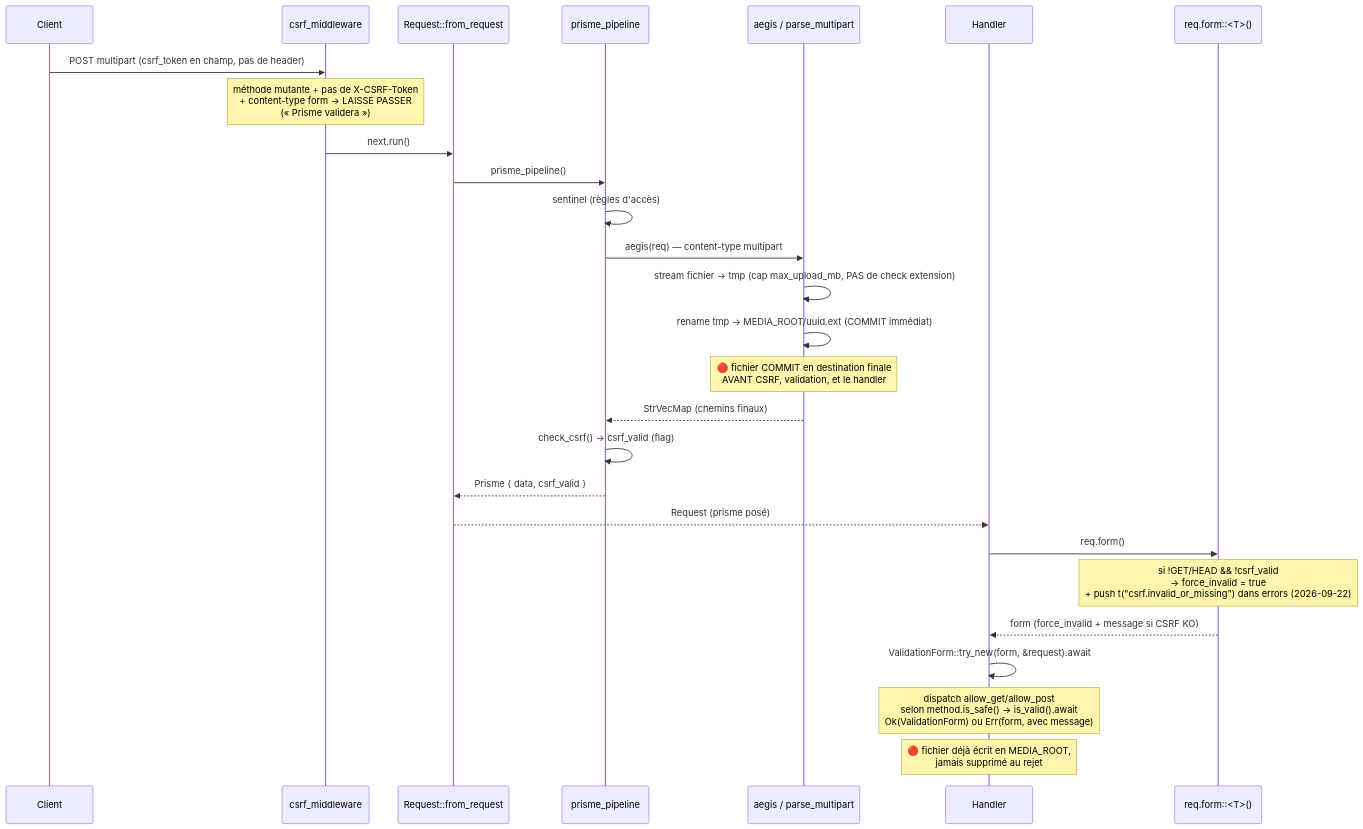
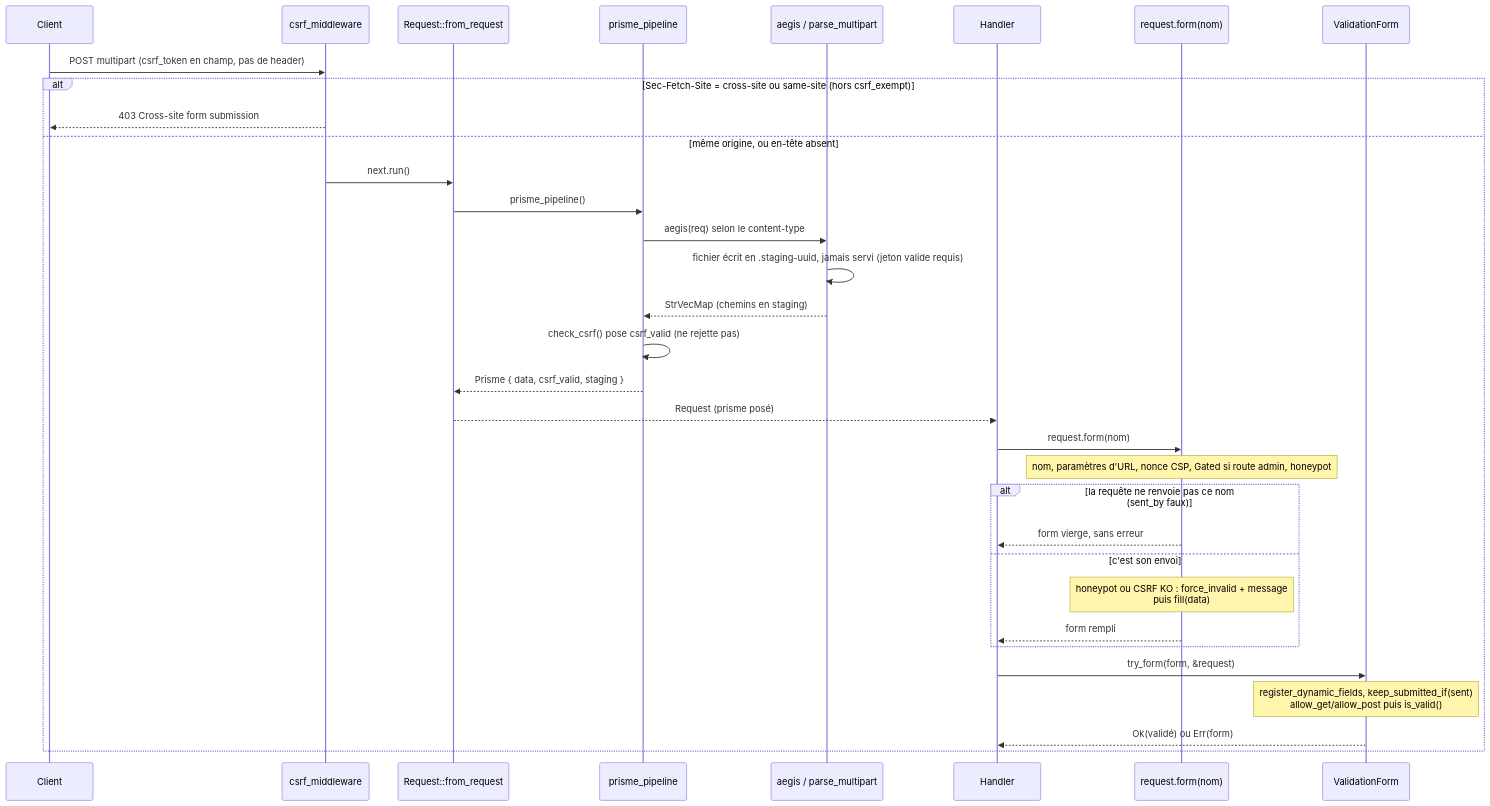
One commit to seb-alliot/runique changed the first of 2 diagrams in diagramme/flux/requete-csrf-upload.md. Above: the diagram before and after it, drawn with Mermaid. The commit also changed other lines of this file and 56 other files, not shown here.

````diff
--- a/diagramme/flux/requete-csrf-upload.md
+++ b/diagramme/flux/requete-csrf-upload.md
@@ -5,30 +5,36 @@
 ```mermaid
 sequenceDiagram
     participant C as Client
     participant MW as csrf_middleware
     participant EX as Request::from_request
     participant P as prisme_pipeline
     participant AG as aegis / parse_multipart
     participant H as Handler
-    participant F as req.form::<T>()
+    participant F as request.form(nom)
+    participant V as ValidationForm
 
     C->>MW: POST multipart (csrf_token en champ, pas de header)
-    Note over MW: méthode mutante + pas de X-CSRF-Token<br/>+ content-type form → LAISSE PASSER<br/>(« Prisme validera »)
-    MW->>EX: next.run()
-    EX->>P: prisme_pipeline()
-    P->>P: sentinel (règles d'accès)
-    P->>AG: aegis(req) — content-type multipart
-    AG->>AG: stream fichier → tmp (cap max_upload_mb, PAS de check extension)
-    AG->>AG: rename tmp → MEDIA_ROOT/uuid.ext (COMMIT immédiat)
-    Note over AG: 🔴 fichier COMMIT en destination finale<br/>AVANT CSRF, validation, et le handler
-    AG-->>P: StrVecMap (chemins finaux)
-    P->>P: check_csrf() → csrf_valid (flag)
-    P-->>EX: Prisme { data, csrf_valid }
-    EX-->>H: Request (prisme posé)
-    H->>F: req.form()
-    Note over F: si !GET/HEAD && !csrf_valid<br/>→ force_invalid = true<br/>+ push t("csrf.invalid_or_missing") dans errors (2026-09-22)
-    F-->>H: form (force_invalid + message si CSRF KO)
-    H->>H: ValidationForm::try_new(form, &request).await
-    Note over H: dispatch allow_get/allow_post<br/>selon method.is_safe() → is_valid().await<br/>Ok(ValidationForm) ou Err(form, avec message)
-    Note over H: 🔴 fichier déjà écrit en MEDIA_ROOT,<br/>jamais supprimé au rejet
+    alt Sec-Fetch-Site = cross-site ou same-site (hors csrf_exempt)
+        MW-->>C: 403 Cross-site form submission
+    else même origine, ou en-tête absent
+        MW->>EX: next.run()
+        EX->>P: prisme_pipeline()
+        P->>AG: aegis(req) selon le content-type
+        AG->>AG: fichier écrit en .staging-uuid, jamais servi (jeton valide requis)
+        AG-->>P: StrVecMap (chemins en staging)
+        P->>P: check_csrf() pose csrf_valid (ne rejette pas)
+        P-->>EX: Prisme { data, csrf_valid, staging }
+        EX-->>H: Request (prisme posé)
+        H->>F: request.form(nom)
+        Note over F: nom, paramètres d'URL, nonce CSP, Gated si route admin, honeypot
+        alt la requête ne renvoie pas ce nom (sent_by faux)
+            F-->>H: form vierge, sans erreur
+        else c'est son envoi
+            Note over F: honeypot ou CSRF KO : force_invalid + message<br/>puis fill(data)
+            F-->>H: form rempli
+        end
+        H->>V: try_form(form, &request)
+        Note over V: register_dynamic_fields, keep_submitted_if(sent)<br/>allow_get/allow_post puis is_valid()
+        V-->>H: Ok(validé) ou Err(form)
+    end
 ```
````
